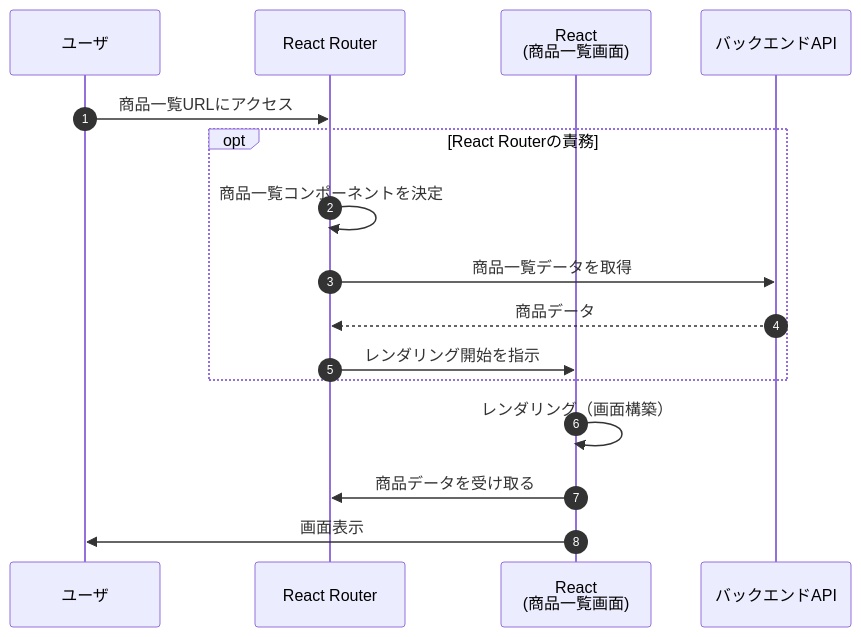
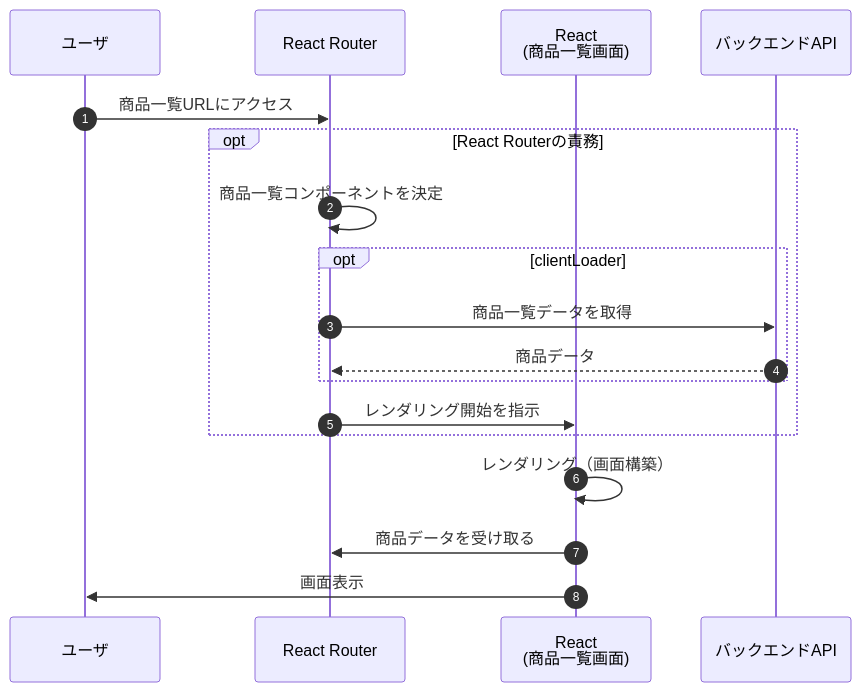
The fourth of 4 diagrams in docs/guide/4.React-Router.md (daisuke0412/react-sample), drawn with Mermaid before and after one commit.

````diff
--- a/docs/guide/4.React-Router.md
+++ b/docs/guide/4.React-Router.md
@@ -436,19 +436,21 @@
 ```mermaid
 sequenceDiagram
     autonumber
     participant User as ユーザ
     participant Router as React Router
     participant React as React<br>(商品一覧画面)
     participant Backend as バックエンドAPI
 
     User->>Router: 商品一覧URLにアクセス
     opt React Routerの責務
       Router->>Router: 商品一覧コンポーネントを決定
-      Router->>Backend: 商品一覧データを取得
-      Backend-->>Router: 商品データ
+      opt clientLoader
+        Router->>Backend: 商品一覧データを取得
+        Backend-->>Router: 商品データ
+      end
       Router->>React: レンダリング開始を指示
     end
     React->>React: レンダリング（画面構築）
     React->>Router: 商品データを受け取る
     React->>User: 画面表示
 ```
````
